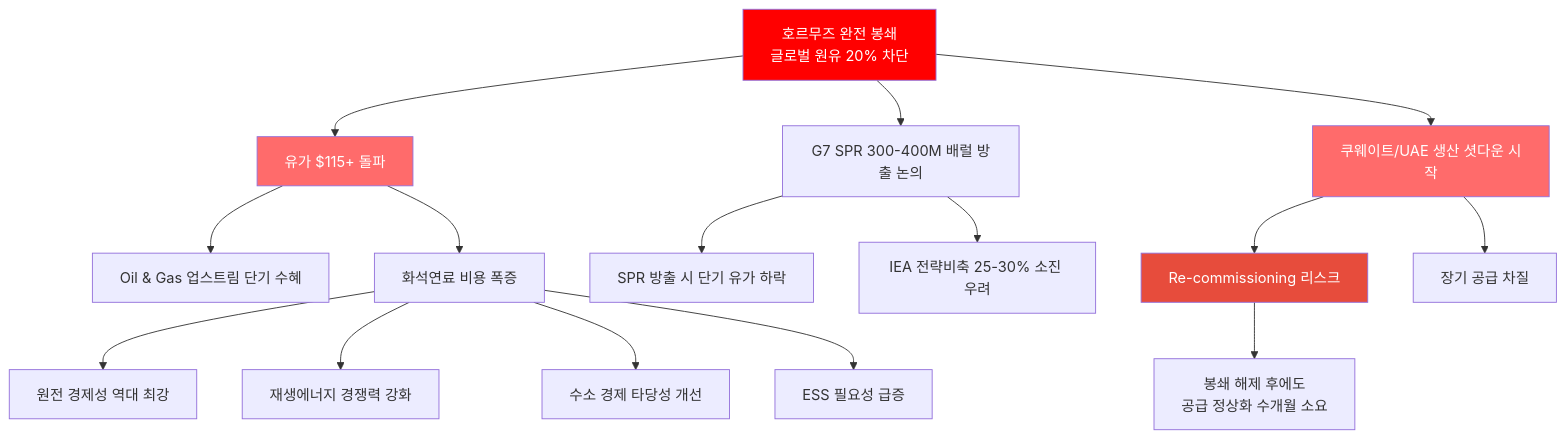
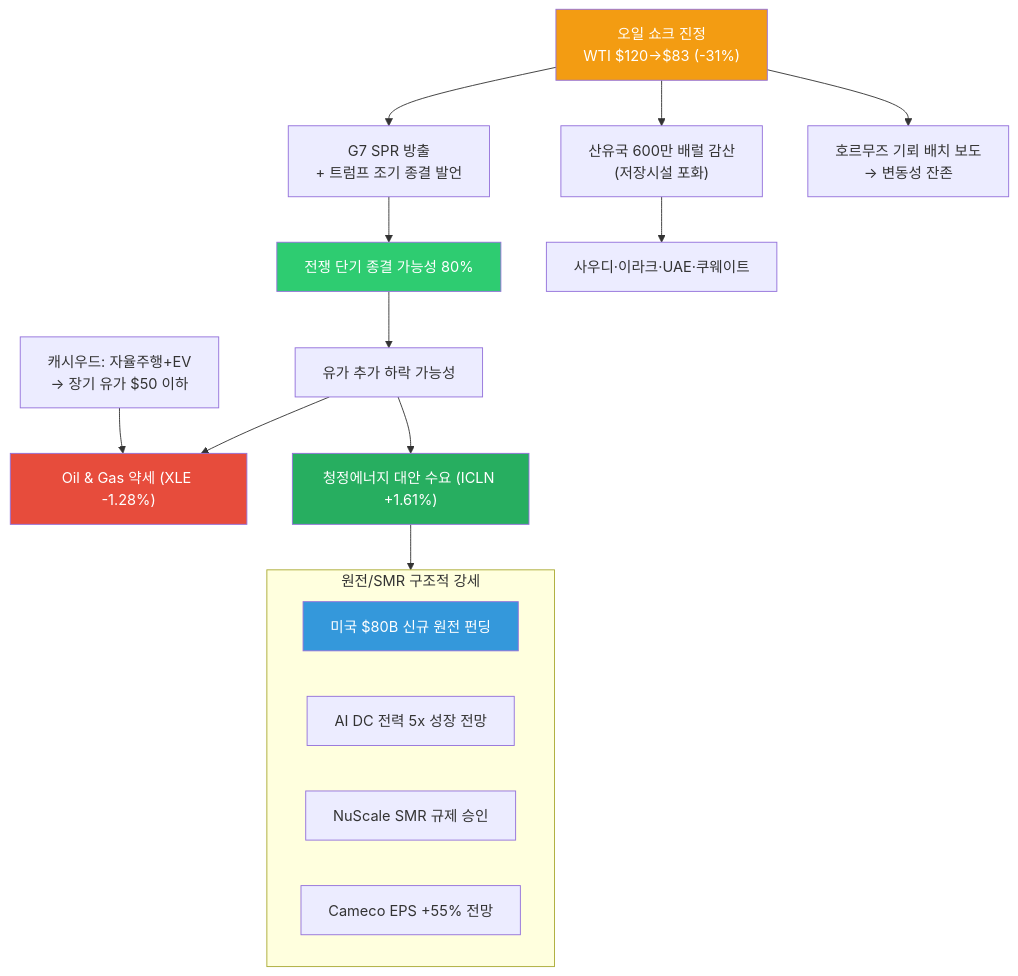
One commit to dss99911/dss99911.github.io changed the first of 10 diagrams in _posts/knowledge/invest/2026-03-07-energy-sector-outlook-2026.md. Above: the diagram before and after it, drawn with Mermaid. The commit also changed other lines of this file and 6 other files, not shown here.

````diff
--- a/_posts/knowledge/invest/2026-03-07-energy-sector-outlook-2026.md
+++ b/_posts/knowledge/invest/2026-03-07-energy-sector-outlook-2026.md
@@ -38,27 +41,29 @@
 ```mermaid
 graph TD
-    A["호르무즈 완전 봉쇄<br/>글로벌 원유 20% 차단"] --> B["유가 $115+ 돌파"]
-    A --> C["G7 SPR 300-400M 배럴 방출 논의"]
-    A --> D["쿠웨이트/UAE 생산 셧다운 시작"]
+    A["오일 쇼크 진정<br/>WTI $120→$83 (-31%)"] --> B["G7 SPR 방출<br/>+ 트럼프 조기 종결 발언"]
+    A --> C["산유국 600만 배럴 감산<br/>(저장시설 포화)"]
+    A --> D["호르무즈 기뢰 배치 보도<br/>→ 변동성 잔존"]
 
-    B --> E["Oil &amp; Gas 업스트림 단기 수혜"]
-    B --> F["화석연료 비용 폭증"]
+    B --> E["전쟁 단기 종결 가능성 80%"]
+    C --> F["사우디·이라크·UAE·쿠웨이트"]
 
-    C --> G["SPR 방출 시 단기 유가 하락"]
-    C --> H["IEA 전략비축 25-30% 소진 우려"]
+    E --> G["유가 추가 하락 가능성"]
+    G --> H["Oil &amp; Gas 약세 (XLE -1.28%)"]
+    G --> I["청정에너지 대안 수요 (ICLN +1.61%)"]
 
-    D --> I["Re-commissioning 리스크"]
-    D --> J["장기 공급 차질"]
+    subgraph nuclear["원전/SMR 구조적 강세"]
+        J["미국 $80B 신규 원전 펀딩"]
+        K["AI DC 전력 5x 성장 전망"]
+        L["NuScale SMR 규제 승인"]
+        M["Cameco EPS +55% 전망"]
+    end
 
-    F --> K["원전 경제성 역대 최강"]
-    F --> L["재생에너지 경쟁력 강화"]
-    F --> M["수소 경제 타당성 개선"]
-    F --> N["ESS 필요성 급증"]
+    I --> nuclear
+    N["캐시우드: 자율주행+EV<br/>→ 장기 유가 $50 이하"] --> H
 
-    I --> O["봉쇄 해제 후에도<br/>공급 정상화 수개월 소요"]
-
-    style A fill:#ff0000,color:#fff
-    style B fill:#ff6b6b,color:#fff
-    style D fill:#ff6b6b,color:#fff
-    style I fill:#e74c3c,color:#fff
+    style A fill:#f39c12,color:#fff
+    style E fill:#2ecc71,color:#fff
+    style H fill:#e74c3c,color:#fff
+    style I fill:#27ae60,color:#fff
+    style J fill:#3498db,color:#fff
 ```
````
